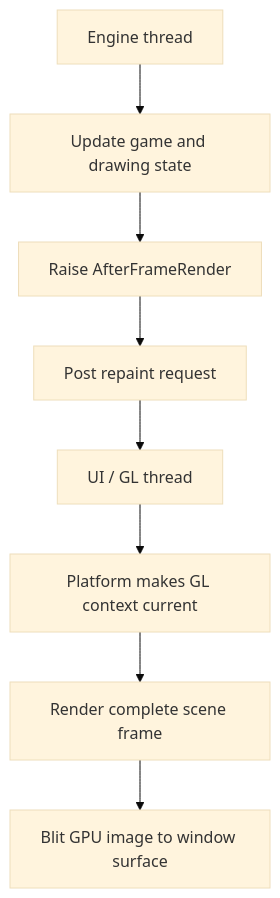
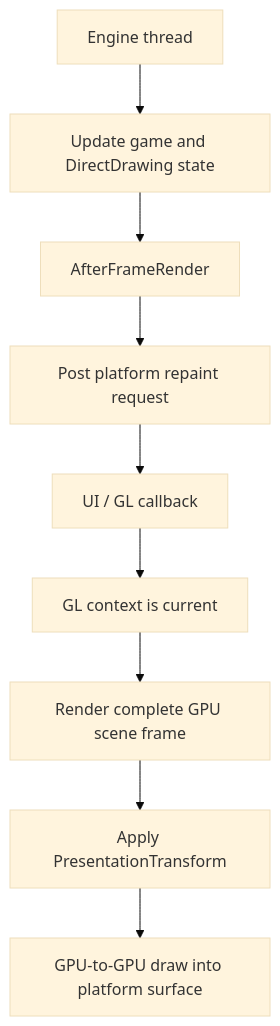
Before and after one commit to Isthimius/Gondwana: the first of 4 diagrams in docs/wiki/GL-Rendering-Path.md, drawn with Mermaid (base theme). The commit also changed other lines of this file, not shown here.

````diff
--- a/docs/wiki/GL-Rendering-Path.md
+++ b/docs/wiki/GL-Rendering-Path.md
@@ -34,10 +29,11 @@
 ```mermaid
 flowchart TD
-    A["Engine thread"] --> B["Update game and drawing state"]
-    B --> C["Raise AfterFrameRender"]
-    C --> D["Post repaint request"]
-    D --> E["UI / GL thread"]
-    E --> F["Platform makes GL context current"]
-    F --> G["Render complete scene frame"]
-    G --> H["Blit GPU image to window surface"]
+    A["Engine thread"] --> B["Update game and DirectDrawing state"]
+    B --> C["AfterFrameRender"]
+    C --> D["Post platform repaint request"]
+    D --> E["UI / GL callback"]
+    E --> F["GL context is current"]
+    F --> G["Render complete GPU scene frame"]
+    G --> H["Apply PresentationTransform"]
+    H --> I["GPU-to-GPU draw into platform surface"]
 ```
````
